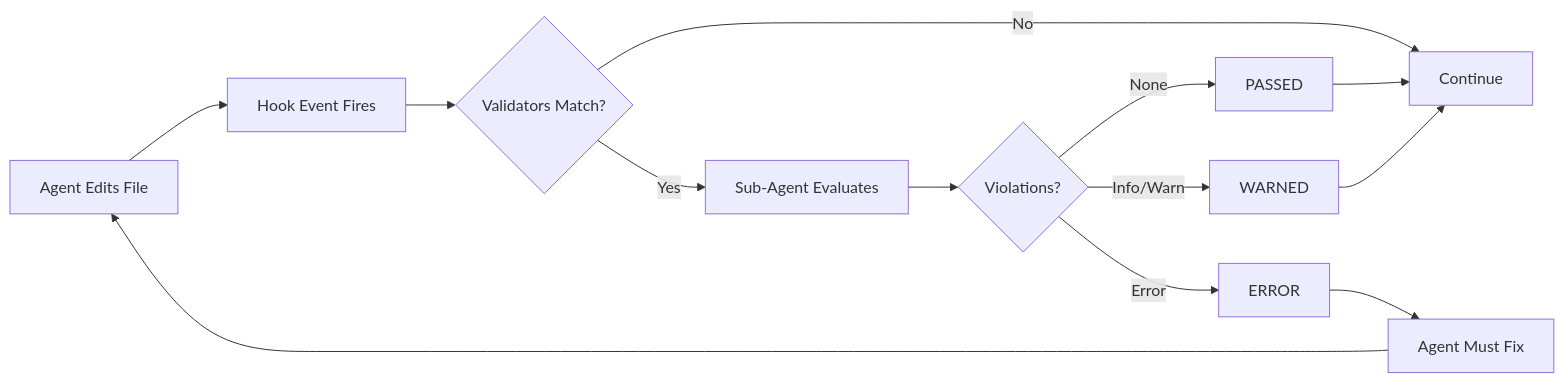
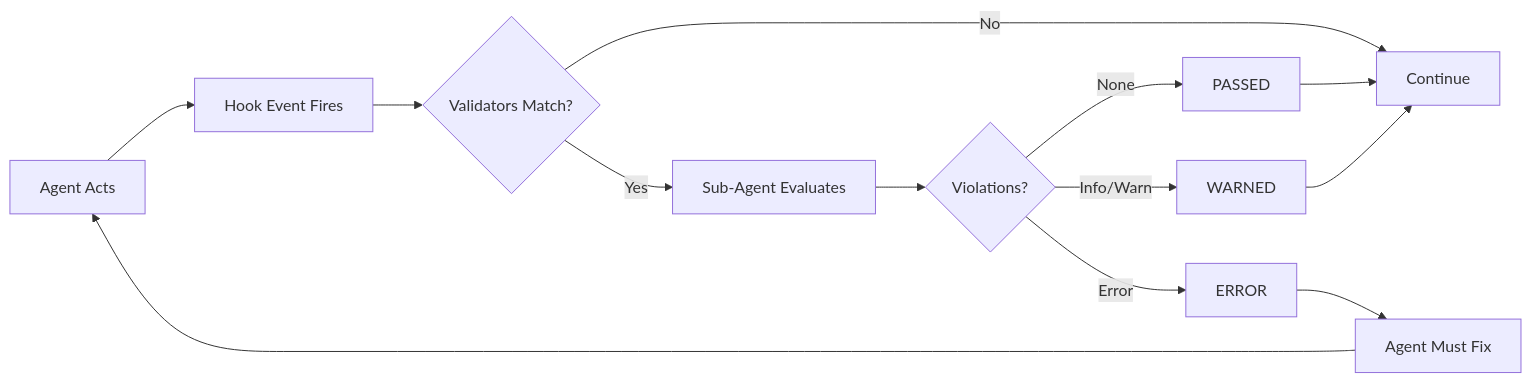
Before and after one commit to agentvalidatorprotocol/spec: the diagram in src/content/validators/lifecycle.md, drawn with Mermaid. The commit also changed other lines of this file and 5 other files, not shown here.

First line of the commit message:
feat: align validator schema with Claude Code hooks and Agent Skills

````diff
--- a/src/content/validators/lifecycle.md
+++ b/src/content/validators/lifecycle.md
@@ -9,15 +9,15 @@
 ```mermaid
 flowchart LR
-    A[Agent Edits File] --> B[Hook Event Fires]
+    A[Agent Acts] --> B[Hook Event Fires]
     B --> C{Validators Match?}
     C -->|Yes| D[Sub-Agent Evaluates]
     C -->|No| E[Continue]
     D --> F{Violations?}
     F -->|None| G[PASSED]
     F -->|Info/Warn| H[WARNED]
     F -->|Error| I[ERROR]
     G --> E
     H --> E
     I --> J[Agent Must Fix]
     J --> A
 ```
````
